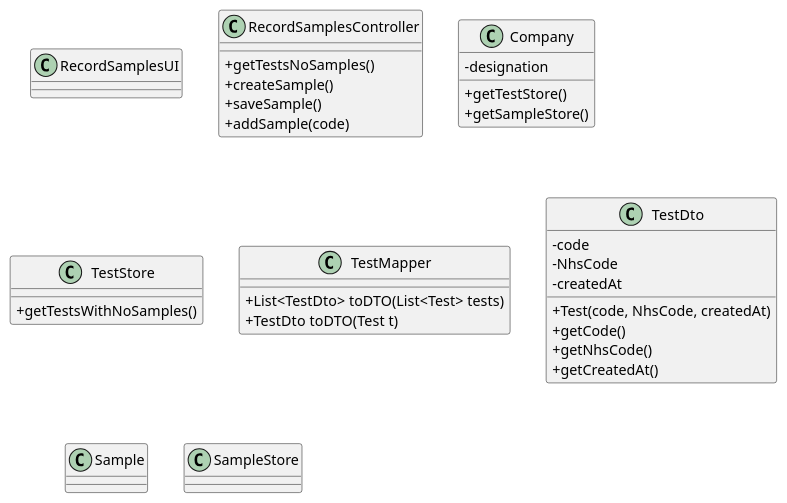
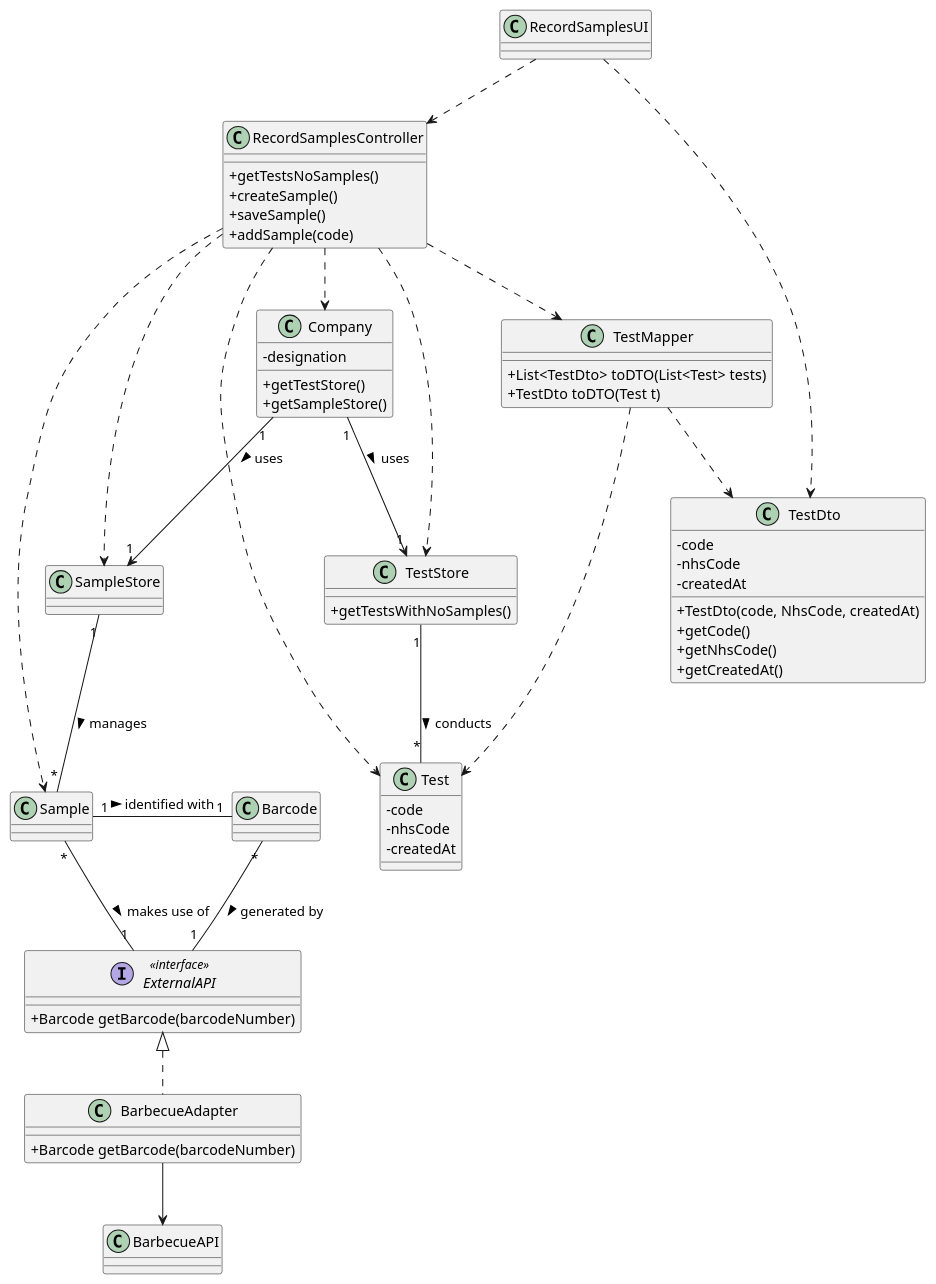
One commit to ana-albergaria/LAPR2-ISEP changed the diagram in docs/SprintC/US_5/US5_CD.puml. Above: the diagram before and after it, drawn with PlantUML. The commit also changed 2 other files, not shown here.

Commit message:
US5 Class Diagram Continuation

```diff
--- a/docs/SprintC/US_5/US5_CD.puml
+++ b/docs/SprintC/US_5/US5_CD.puml
@@ -1,48 +1,84 @@
 @startuml
 
 skinparam classAttributeIconSize 0
 
 class RecordSamplesUI {}
 
 class RecordSamplesController {
 +getTestsNoSamples()
 +createSample()
 +saveSample()
 +addSample(code)
 }
 
 class Company {
 -designation
 +getTestStore()
 +getSampleStore()
 }
 
 class TestStore {
 +getTestsWithNoSamples()
 }
 
 class TestMapper {
 +List<TestDto> toDTO(List<Test> tests)
 +TestDto toDTO(Test t)
 }
 
 class TestDto {
 - code
-- NhsCode
+- nhsCode
 - createdAt
-+Test(code, NhsCode, createdAt)
++TestDto(code, NhsCode, createdAt)
 +getCode()
 +getNhsCode()
 +getCreatedAt()
 }
 
+class Test {
+- code
+- nhsCode
+- createdAt
+}
+
 class Sample {}
 
+class SampleStore {}
 
-class SampleStore {
+class Barcode {}
 
+interface ExternalAPI <<interface>> {
++Barcode getBarcode(barcodeNumber)
 }
 
+class BarbecueAdapter {
++Barcode getBarcode(barcodeNumber)
+}
+
+class BarbecueAPI{}
+
+RecordSamplesUI ..> RecordSamplesController
+RecordSamplesUI ..> TestDto
+RecordSamplesController ..> TestMapper
+RecordSamplesController ..> TestStore
+RecordSamplesController ..> SampleStore
+RecordSamplesController ..> Company
+RecordSamplesController ..> Test
+TestMapper ..> Test
+TestMapper ..> TestDto
+RecordSamplesController ..> Sample
+Company "1" --> "1" SampleStore : uses >
+SampleStore "1" -- "*" Sample : manages >
+TestStore "1" -- "*" Test : conducts >
+Company "1" --> "1" TestStore : uses >
+Sample "1" - "1" Barcode : identified with >
+Barcode "*" -- "1" ExternalAPI : generated by >
+Sample "*" -- "1" ExternalAPI : makes use of >
+
+class BarbecueAdapter implements ExternalAPI
+
+BarbecueAdapter --> BarbecueAPI
 
 
 @enduml
```
